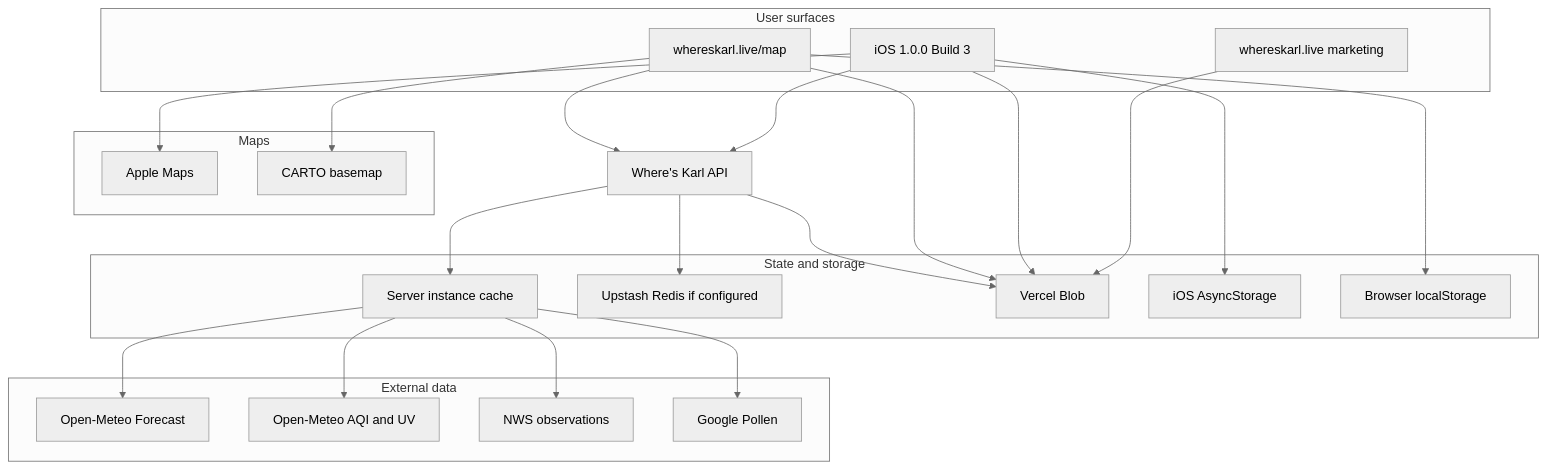
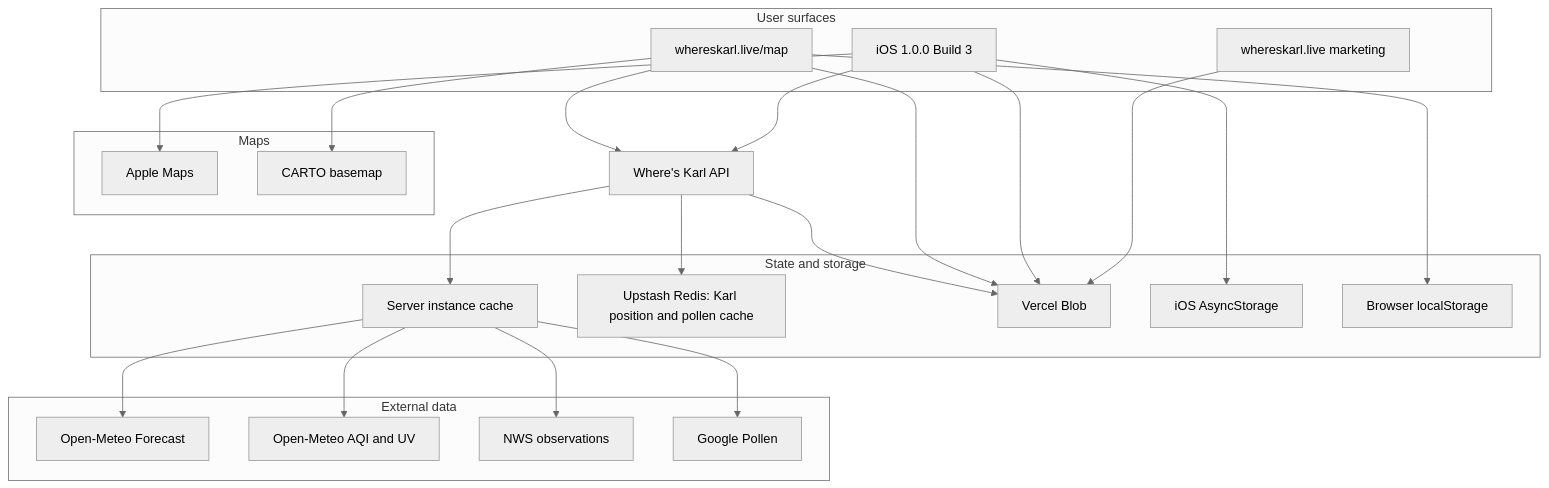
The diagram in docs/architecture/current-executive.mmd (ChelseaMontanaro/whereskarl-web), drawn with Mermaid (neutral theme) before and after one commit. The commit also changed 2 other files, not shown here.

Commit message:
docs: freeze the daily Google Pollen cache policy
Record the closed P4 production policy so later work does not treat intraday refresh as required.

```diff
--- a/docs/architecture/current-executive.mmd
+++ b/docs/architecture/current-executive.mmd
@@ -1,45 +1,45 @@
 flowchart TB
   subgraph surfaces [User surfaces]
     IOS["iOS 1.0.0 Build 3"]
     SITE["whereskarl.live marketing"]
     WEBMAP["whereskarl.live/map"]
   end
 
   API["Where's Karl API"]
 
   subgraph external [External data]
     FORECAST["Open-Meteo Forecast"]
     AIRQ["Open-Meteo AQI and UV"]
     NWS["NWS observations"]
     POLLEN["Google Pollen"]
   end
 
   subgraph maps [Maps]
     APPLE["Apple Maps"]
     CARTO["CARTO basemap"]
   end
 
   subgraph state [State and storage]
     SNAP["Server instance cache"]
-    REDIS["Upstash Redis if configured"]
+    REDIS["Upstash Redis: Karl position and pollen cache"]
     BLOB["Vercel Blob"]
     DEVICE["iOS AsyncStorage"]
     BROWSER["Browser localStorage"]
   end
 
   IOS --> API
   WEBMAP --> API
   SITE --> BLOB
   IOS --> BLOB
   WEBMAP --> BLOB
   IOS --> APPLE
   WEBMAP --> CARTO
   IOS --> DEVICE
   WEBMAP --> BROWSER
   API --> SNAP
   SNAP --> FORECAST
   SNAP --> AIRQ
   SNAP --> NWS
   SNAP --> POLLEN
   API --> REDIS
   API --> BLOB
```
